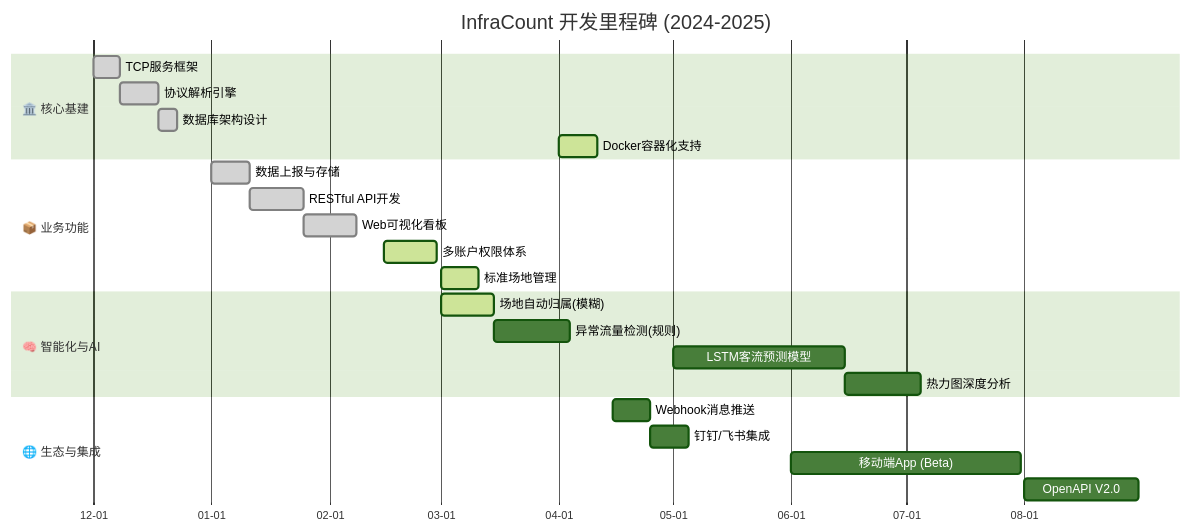
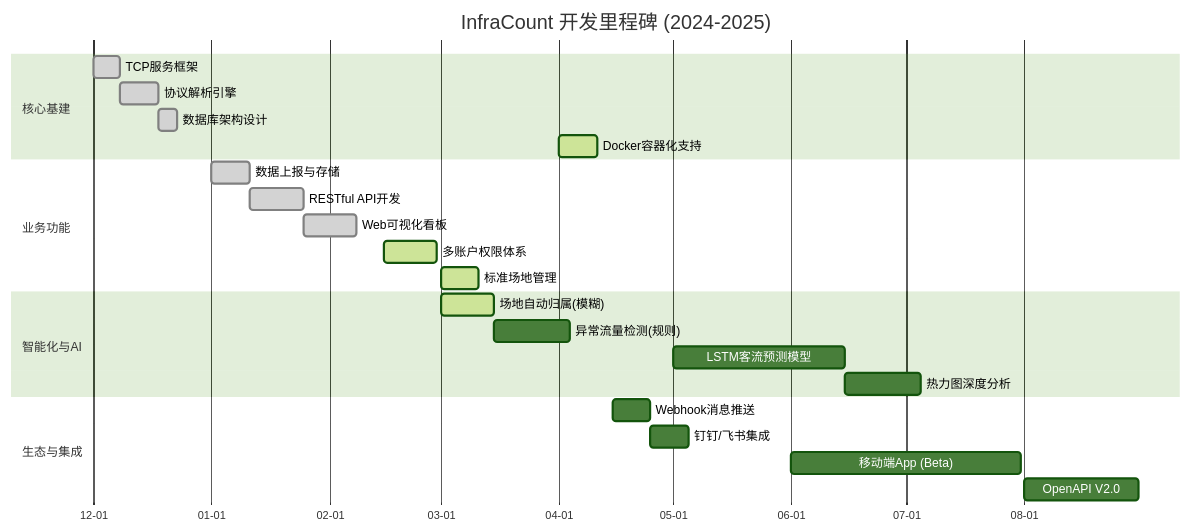
One commit to HF-CYGG/InfraCount changed the first of 7 diagrams in README.md. Above: the diagram before and after it, drawn with Mermaid (forest theme). The commit also changed other lines of this file, not shown here.

````diff
--- a/README.md
+++ b/README.md
@@ -82,36 +116,36 @@
 ```mermaid
 gantt
     title InfraCount 开发里程碑 (2024-2025)
     dateFormat  YYYY-MM-DD
     axisFormat  %m-%d
     
     %% 定义颜色
     %% classDef planned fill:#b71c1c,stroke:#fff,stroke-width:1px;
     %% classDef active fill:#e65100,stroke:#fff,stroke-width:1px;
     %% classDef done fill:#1b5e20,stroke:#fff,stroke-width:1px;
 
-    section 🏛️ 核心基建
+    section 核心基建
     TCP服务框架       :done,    core1, 2023-12-01, 7d
     协议解析引擎       :done,    core2, after core1, 10d
     数据库架构设计     :done,    core3, after core2, 5d
     Docker容器化支持  :active,  core4, 2024-04-01, 10d
 
-    section 📦 业务功能
+    section 业务功能
     数据上报与存储     :done,    biz1,  2024-01-01, 10d
     RESTful API开发   :done,    biz2,  after biz1, 14d
     Web可视化看板      :done,    biz3,  after biz2, 14d
     多账户权限体系     :active,  biz4,  2024-02-15, 14d
     标准场地管理       :active,  biz5,  2024-03-01, 10d
 
-    section 🧠 智能化与AI
+    section 智能化与AI
     场地自动归属(模糊) :active,  ai1,   2024-03-01, 14d
     异常流量检测(规则) :         ai2,   after ai1, 20d
     LSTM客流预测模型   :         ai3,   2024-05-01, 45d
     热力图深度分析     :         ai4,   after ai3, 20d
 
-    section 🌐 生态与集成
+    section 生态与集成
     Webhook消息推送    :         eco1,  2024-04-15, 10d
     钉钉/飞书集成      :         eco2,  after eco1, 10d
     移动端App (Beta)   :         eco3,  2024-06-01, 60d
     OpenAPI V2.0      :         eco4,  2024-08-01, 30d
 ```
````
